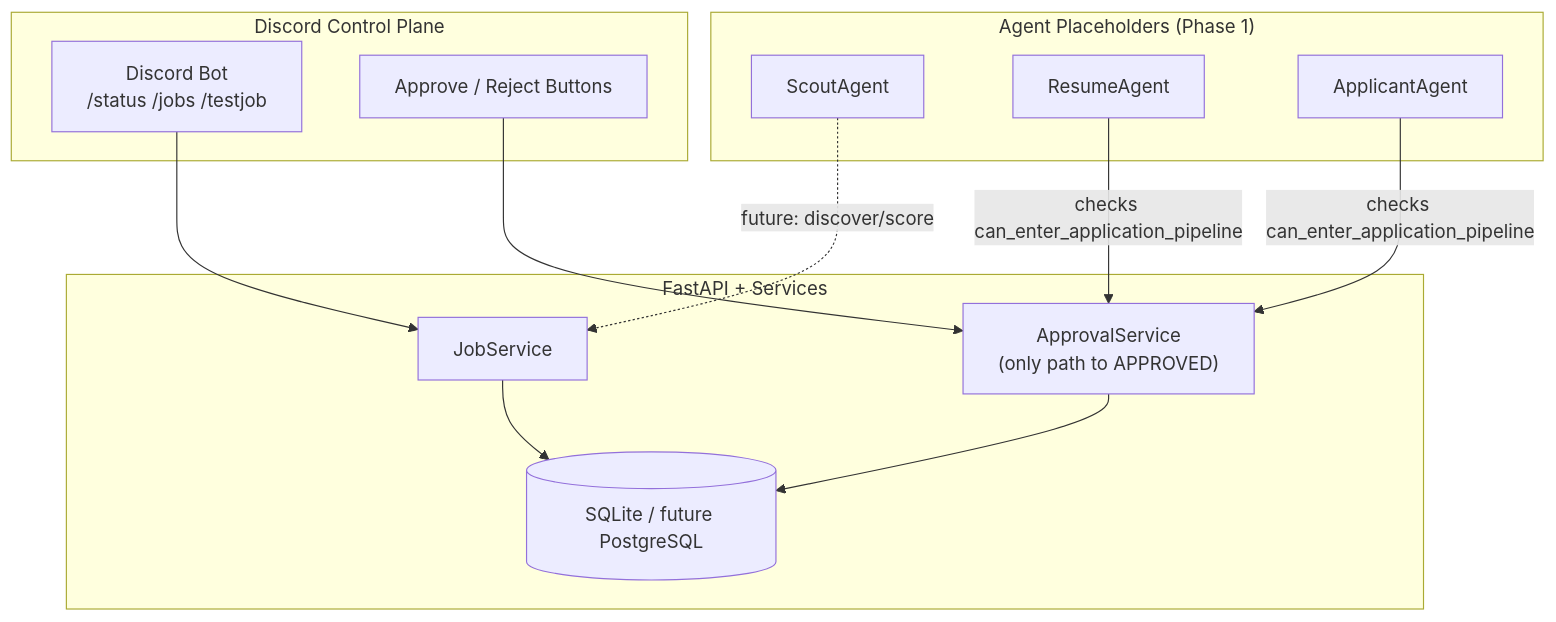
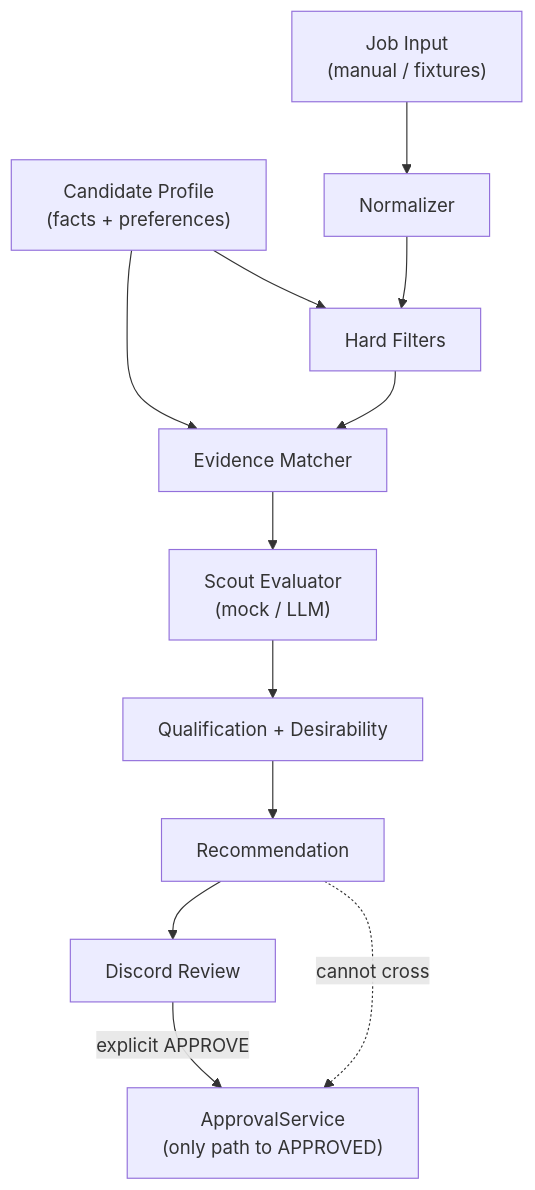
The diagram in README.md (SamBeals/ai-job-agent), drawn with Mermaid before and after one commit. The commit also changed other lines of this file and 46 other files, not shown here.

First line of the commit message:
Add Phase 2A Scout evaluation foundation.

````diff
--- a/README.md
+++ b/README.md
@@ -36,27 +36,19 @@
 ```mermaid
 flowchart TB
-  subgraph control["Discord Control Plane"]
-    D["Discord Bot\n/status /jobs /testjob"]
-    V["Approve / Reject Buttons"]
-  end
+  CP["Candidate Profile\n(facts + preferences)"]
+  JI["Job Input\n(manual / fixtures)"]
+  N["Normalizer"]
+  HF["Hard Filters"]
+  EM["Evidence Matcher"]
+  SE["Scout Evaluator\n(mock / LLM)"]
+  QD["Qualification + Desirability"]
+  R["Recommendation"]
+  D["Discord Review"]
+  AS["ApprovalService\n(only path to APPROVED)"]
 
-  subgraph api["FastAPI + Services"]
-    JS["JobService"]
-    AS["ApprovalService\n(only path to APPROVED)"]
-    DB[(SQLite / future PostgreSQL)]
-  end
-
-  subgraph agents["Agent Placeholders (Phase 1)"]
-    Scout["ScoutAgent"]
-    Resume["ResumeAgent"]
-    App["ApplicantAgent"]
-  end
-
-  D --> JS
-  V --> AS
-  AS --> DB
-  JS --> DB
-  Scout -.->|"future: discover/score"| JS
-  Resume -->|"checks can_enter_application_pipeline"| AS
-  App -->|"checks can_enter_application_pipeline"| AS
+  CP --> EM
+  CP --> HF
+  JI --> N --> HF --> EM --> SE --> QD --> R --> D
+  D -->|"explicit APPROVE"| AS
+  R -.->|"cannot cross"| AS
 ```
````
